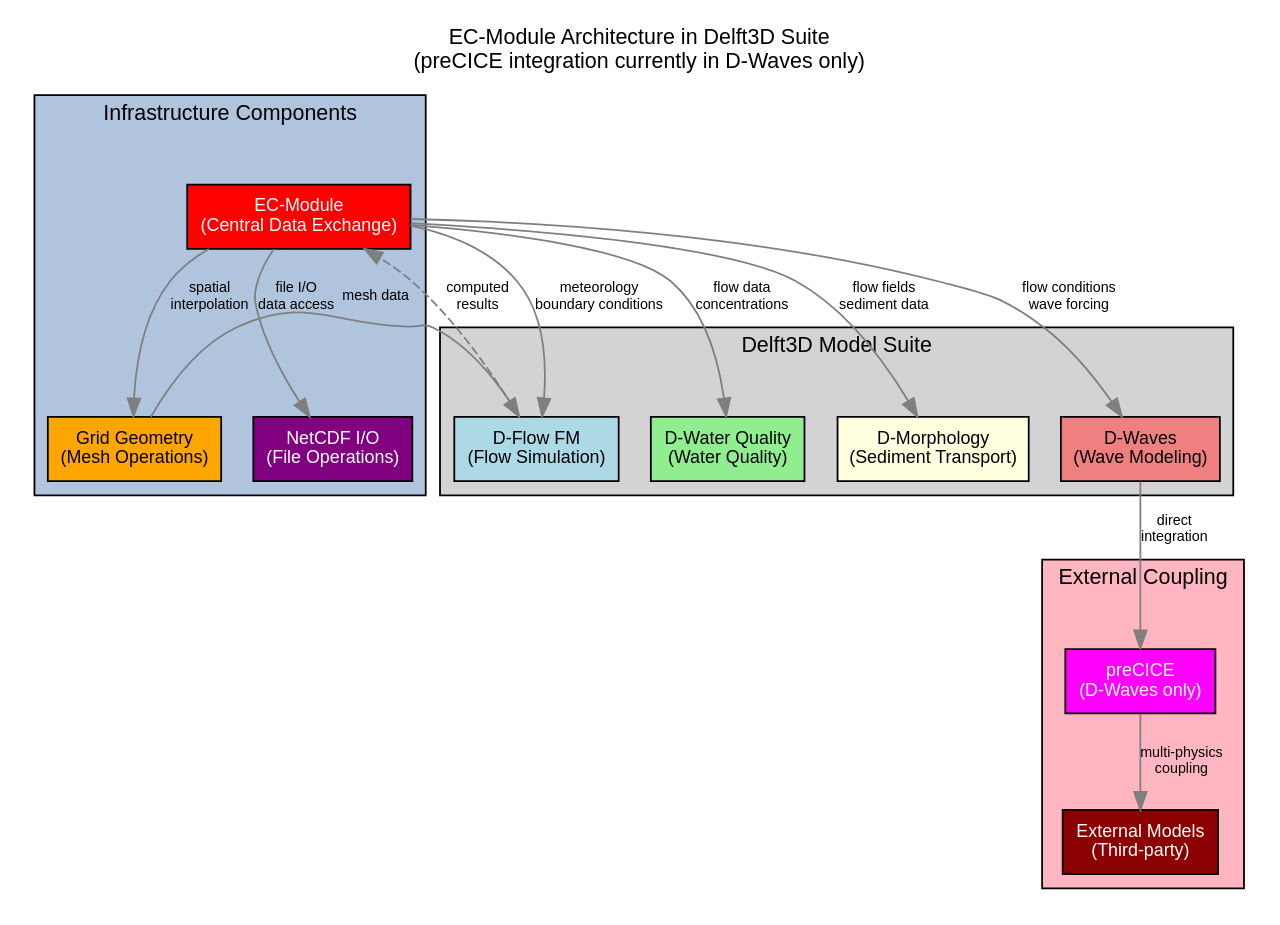
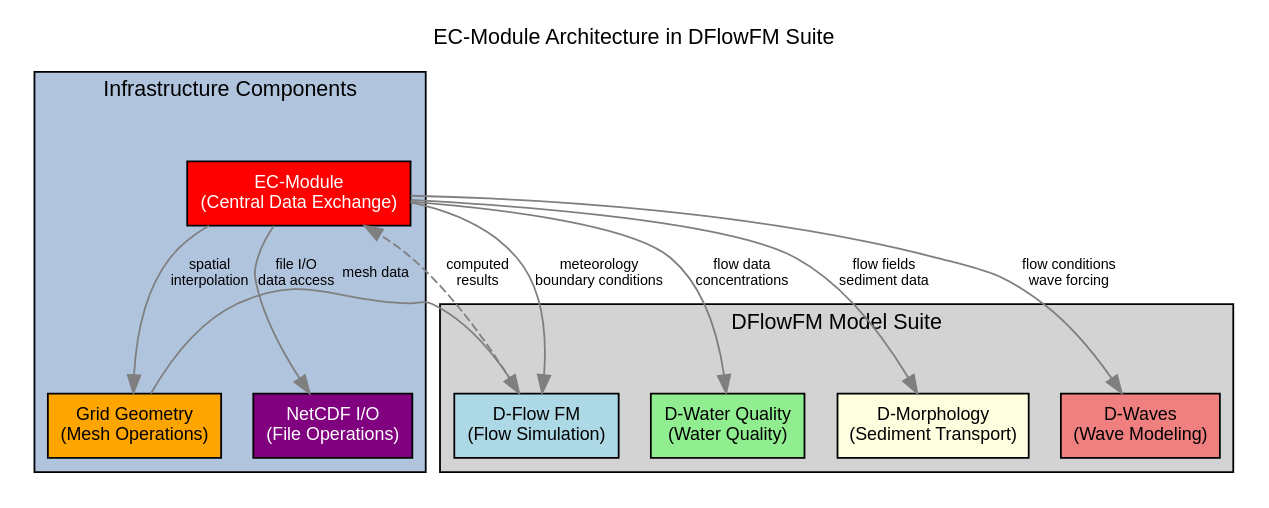
One commit to jeffersonscientific/Delft3D changed the diagram in src/utils_lgpl/ec_module/packages/ec_module/docs/include/ec_module_architecture.dot. Above: the diagram before and after it, drawn with Graphviz. The commit also changed 4 other files, not shown here.

```diff
--- a/src/utils_lgpl/ec_module/packages/ec_module/docs/include/ec_module_architecture.dot
+++ b/src/utils_lgpl/ec_module/packages/ec_module/docs/include/ec_module_architecture.dot
@@ -1,83 +1,70 @@
 /**
  * @file ec_module_architecture.dot
  * @brief EC-Module Architecture Diagram
- * @details Shows the central role of EC-Module in Delft3D suite data exchange and coupling
+ * @details Shows the central role of EC-Module in DFlowFM suite data exchange and coupling
  * 
  * To generate diagram in Doxygen, use:
  * @dot
  * digraph ec_architecture {
  *     // Include this file content
  * }
  * @enddot
  */
 
 digraph ec_module_architecture {
     // Graph attributes
     rankdir=TB;
     bgcolor="white";
     fontname="Arial";
     fontsize=12;
     
     // INTERACTIVE FEATURES: All boxes contain clickable links (URL attributes) 
     // that navigate directly to relevant source code files in the repository.
     // Use with Doxygen or GraphViz tools that support URL navigation.
     
     // Node styling
     node [shape=box, style=filled, fontname="Arial", fontsize=10];
     edge [fontname="Arial", fontsize=8, color=gray50];
     
     // Define clusters for grouping
     subgraph cluster_models {
-        label="Delft3D Model Suite";
+        label="DFlowFM Model Suite";
         style=filled;
         fillcolor="lightgray";
         
         dflowfm [label="D-Flow FM\n(Flow Simulation)", fillcolor="lightblue", URL="../../../../../../engines_gpl/dflowfm"];
         dwaq [label="D-Water Quality\n(Water Quality)", fillcolor="lightgreen", URL="../../../../../../engines_gpl/waq"];
         dmorphology [label="D-Morphology\n(Sediment Transport)", fillcolor="lightyellow", URL="../../../../../../engines_gpl/morphology"];
         dwaves [label="D-Waves\n(Wave Modeling)", fillcolor="lightcoral", URL="../../../../../../engines_gpl/wave"];
     }
     
     subgraph cluster_infrastructure {
         label="Infrastructure Components";
         style=filled;
         fillcolor="lightsteelblue";
         
         ecmodule [label="EC-Module\n(Central Data Exchange)", fillcolor="red", fontcolor="white", URL="../../../../../../utils_lgpl/ec_module"];
         gridgeom [label="Grid Geometry\n(Mesh Operations)", fillcolor="orange", URL="../../../../../../utils_lgpl/gridgeom"];
         netcdf_io [label="NetCDF I/O\n(File Operations)", fillcolor="purple", fontcolor="white", URL="../../../../../../utils_lgpl/io_netcdf"];
     }
     
-    subgraph cluster_external {
-        label="External Coupling";
-        style=filled;
-        fillcolor="lightpink";
-        
-        precice [label="preCICE\n(D-Waves only)", fillcolor="magenta", fontcolor="white", URL="../../../../../../engines_gpl/wave/packages/wave/src/precice"];
-        external [label="External Models\n(Third-party)", fillcolor="darkred", fontcolor="white", URL="https://github.com/precice/precice"];
-    }
-    
     // Core EC-Module connections
     ecmodule -> dflowfm [label="meteorology\nboundary conditions"];
     ecmodule -> dwaq [label="flow data\nconcentrations"];
     ecmodule -> dmorphology [label="flow fields\nsediment data"];
     ecmodule -> dwaves [label="flow conditions\nwave forcing"];
     
     // Infrastructure connections
     ecmodule -> gridgeom [label="spatial\ninterpolation"];
     ecmodule -> netcdf_io [label="file I/O\ndata access"];
     
-    // External coupling (separate from EC-Module)
-    dwaves -> precice [label="direct\nintegration"];
-    precice -> external [label="multi-physics\ncoupling"];
-    
     // Data flow from models back to EC-Module
     dflowfm -> ecmodule [label="computed\nresults", style=dashed];
     
     // Grid geometry support
     gridgeom -> dflowfm [label="mesh data"];
     
     // Title and notes
     labelloc="t";
-    label="EC-Module Architecture in Delft3D Suite\n(preCICE integration currently in D-Waves only)";
+    label="EC-Module Architecture in DFlowFM Suite";
 }
```
